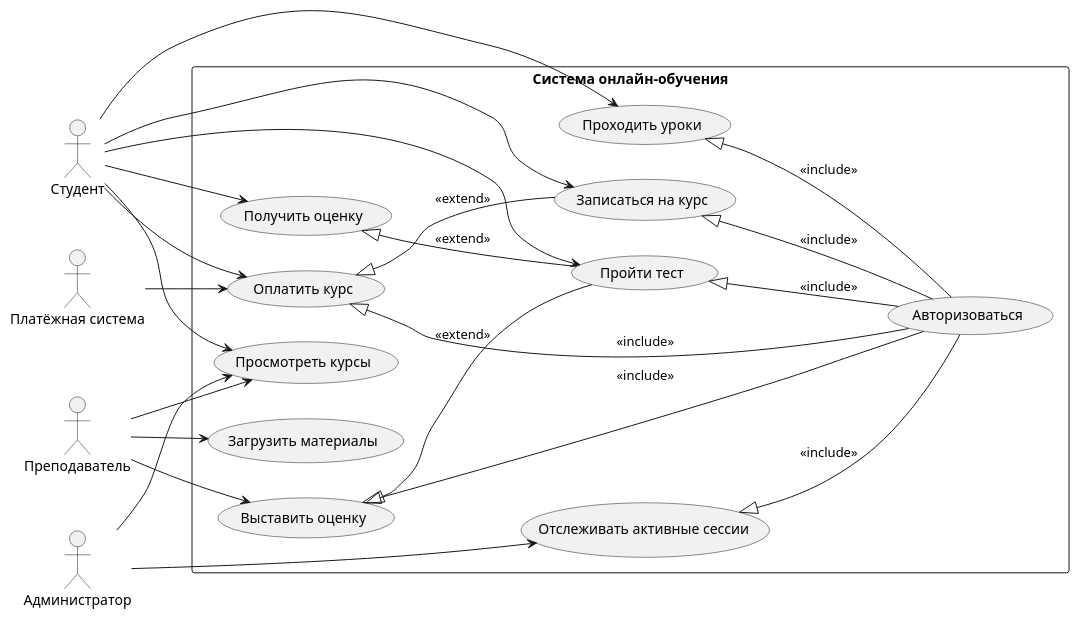
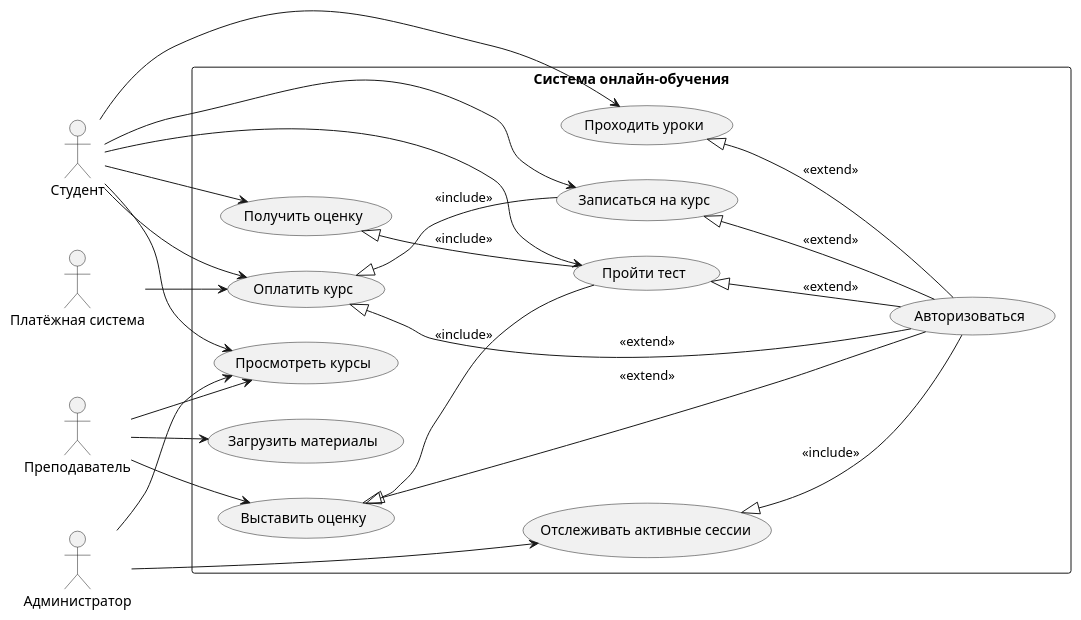
The diagram in ПР_ЛР14_Сусло/usecase_Сусло_Антон(14).puml (Sobo33/Project_rabota), drawn with PlantUML before and after one commit.

```diff
--- a/ПР_ЛР14_Сусло/usecase_Сусло_Антон(14).puml
+++ b/ПР_ЛР14_Сусло/usecase_Сусло_Антон(14).puml
@@ -1,49 +1,48 @@
 @startuml
 left to right direction
 
 actor "Студент" as student
 actor "Преподаватель" as teacher
 actor "Администратор" as admin
 actor "Платёжная система" as payment
 
 rectangle "Система онлайн-обучения" {
     usecase "Просмотреть курсы" as ViewCourses
     usecase "Записаться на курс" as EnrollCourse
     usecase "Оплатить курс" as PayCourse
     usecase "Проходить уроки" as StudyLessons
     usecase "Пройти тест" as PassTest
     usecase "Получить оценку" as GetGrade
     usecase "Загрузить материалы" as UploadMaterials
     usecase "Выставить оценку" as SetGrade
     usecase "Отслеживать активные сессии" as ManageUsers
     usecase "Авторизоваться" as Auth
 }
 
 student --> ViewCourses
 student --> EnrollCourse
 student --> PayCourse
 student --> StudyLessons
 student --> PassTest
 student --> GetGrade
 
 teacher --> UploadMaterials
 teacher --> SetGrade
 teacher --> ViewCourses
 
 admin --> ManageUsers
 admin --> ViewCourses
 
 payment --> PayCourse
 
-EnrollCourse <|-- Auth : <<include>>
-PayCourse <|-- Auth : <<include>>
-StudyLessons <|-- Auth : <<include>>
-PassTest <|-- Auth : <<include>>
-SetGrade <|-- Auth : <<include>>
+EnrollCourse <|-- Auth : <<extend>>
+PayCourse <|-- Auth : <<extend>>
+StudyLessons <|-- Auth : <<extend>>
+PassTest <|-- Auth : <<extend>>
+SetGrade <|-- Auth : <<extend>>
 ManageUsers <|-- Auth : <<include>>
-
-PayCourse <|-- EnrollCourse : <<extend>>
-GetGrade <|-- PassTest : <<extend>>
-SetGrade <|-- PassTest : <<extend>>
+PayCourse <|-- EnrollCourse : <<include>>
+GetGrade <|-- PassTest : <<include>>
+SetGrade <|-- PassTest : <<include>>
 
 @enduml
```
